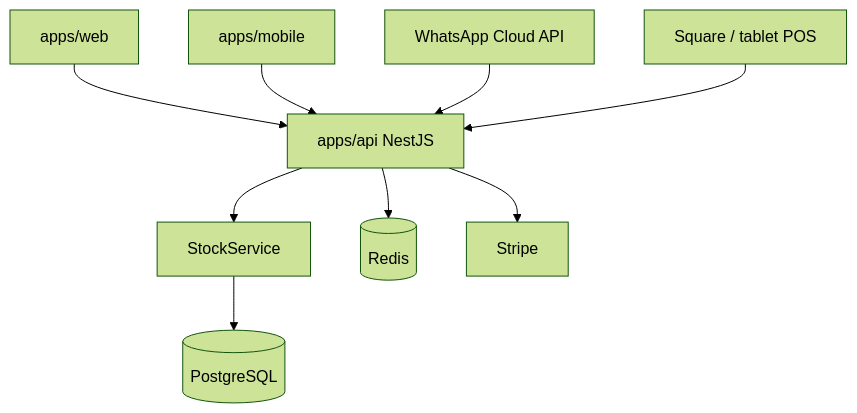
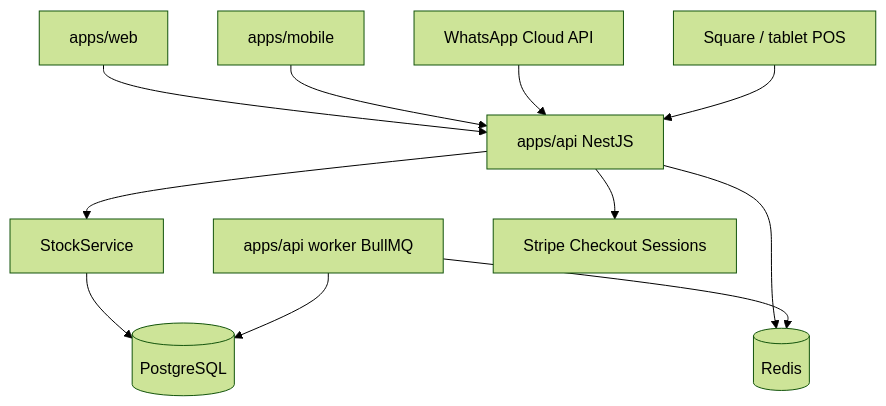
One commit to golpochat/motive-fashion changed the diagram in docs/architecture/system-overview.md. Above: the diagram before and after it, drawn with Mermaid (forest theme). The commit also changed other lines of this file and 164 other files, not shown here.

````diff
--- a/docs/architecture/system-overview.md
+++ b/docs/architecture/system-overview.md
@@ -3,20 +3,23 @@
 ```mermaid
 flowchart TB
   Web[apps/web]
   Mobile[apps/mobile]
   WA[WhatsApp Cloud API]
   POS[Square / tablet POS]
   API[apps/api NestJS]
+  Worker[apps/api worker BullMQ]
   Stock[StockService]
   PG[(PostgreSQL)]
   Redis[(Redis)]
-  Stripe[Stripe]
+  Stripe[Stripe Checkout Sessions]
   Web --> API
   Mobile --> API
   WA --> API
   POS --> API
   API --> Stock
   Stock --> PG
   API --> Redis
+  Worker --> Redis
+  Worker --> PG
   API --> Stripe
 ```
````
